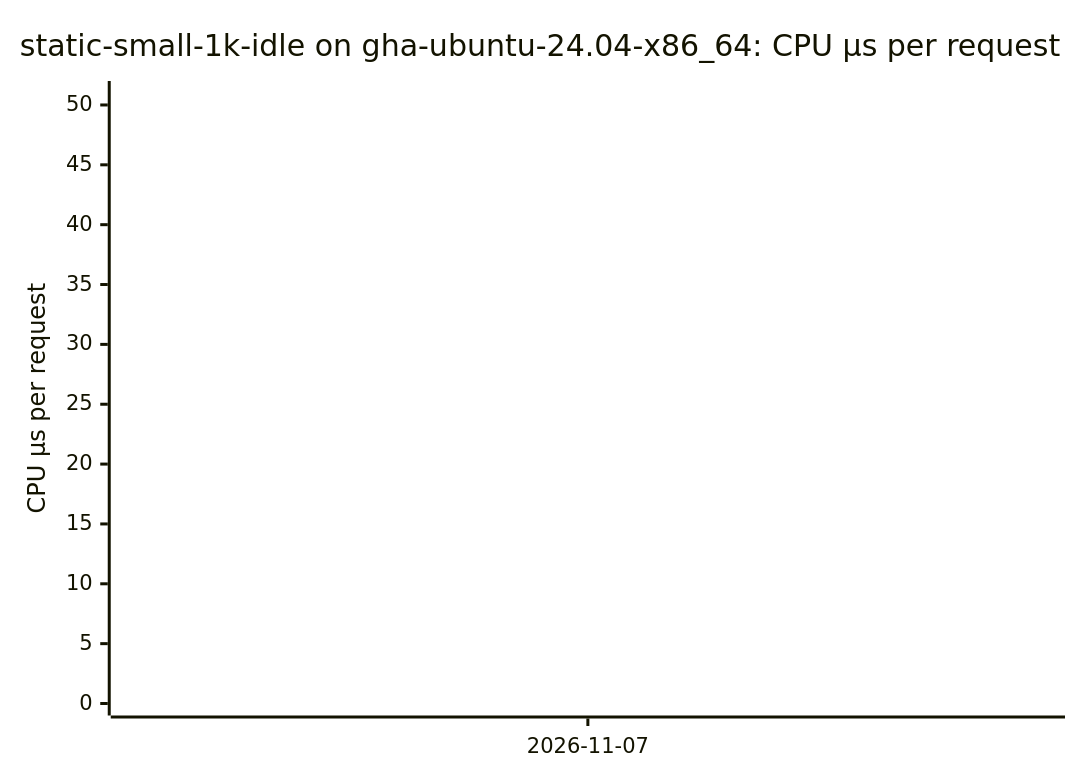
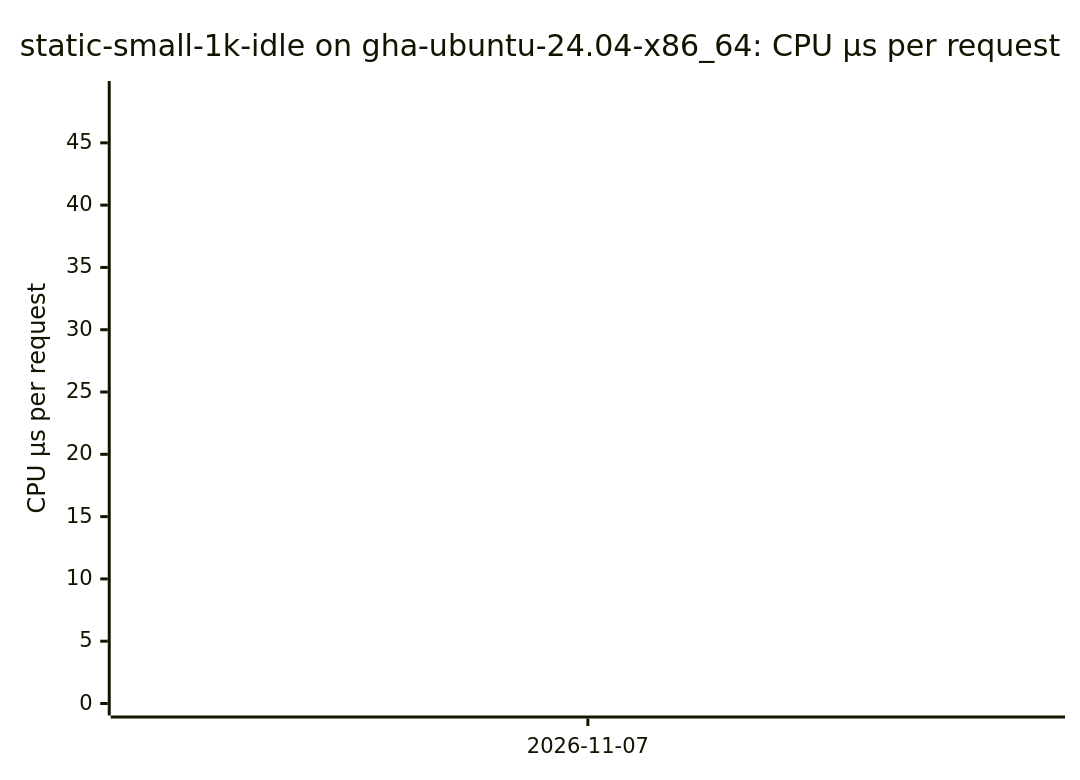
One commit to ThePixelPilgrim/durchlauferhitzer changed the eighth of 16 diagrams in BENCHMARKS.md. Above: the diagram before and after it, drawn with Mermaid. The commit also changed other lines of this file and 1 other file, not shown here.

````diff
--- a/BENCHMARKS.md
+++ b/BENCHMARKS.md
@@ -84,7 +95,7 @@
 ```mermaid
 xychart-beta
   title "static-small-1k-idle on gha-ubuntu-24.04-x86_64: CPU µs per request"
   x-axis ["2026-11-07"]
-  y-axis "CPU µs per request" 0 --> 51
-  line [42.26]
+  y-axis "CPU µs per request" 0 --> 49
+  line [40.14]
 ```
````
